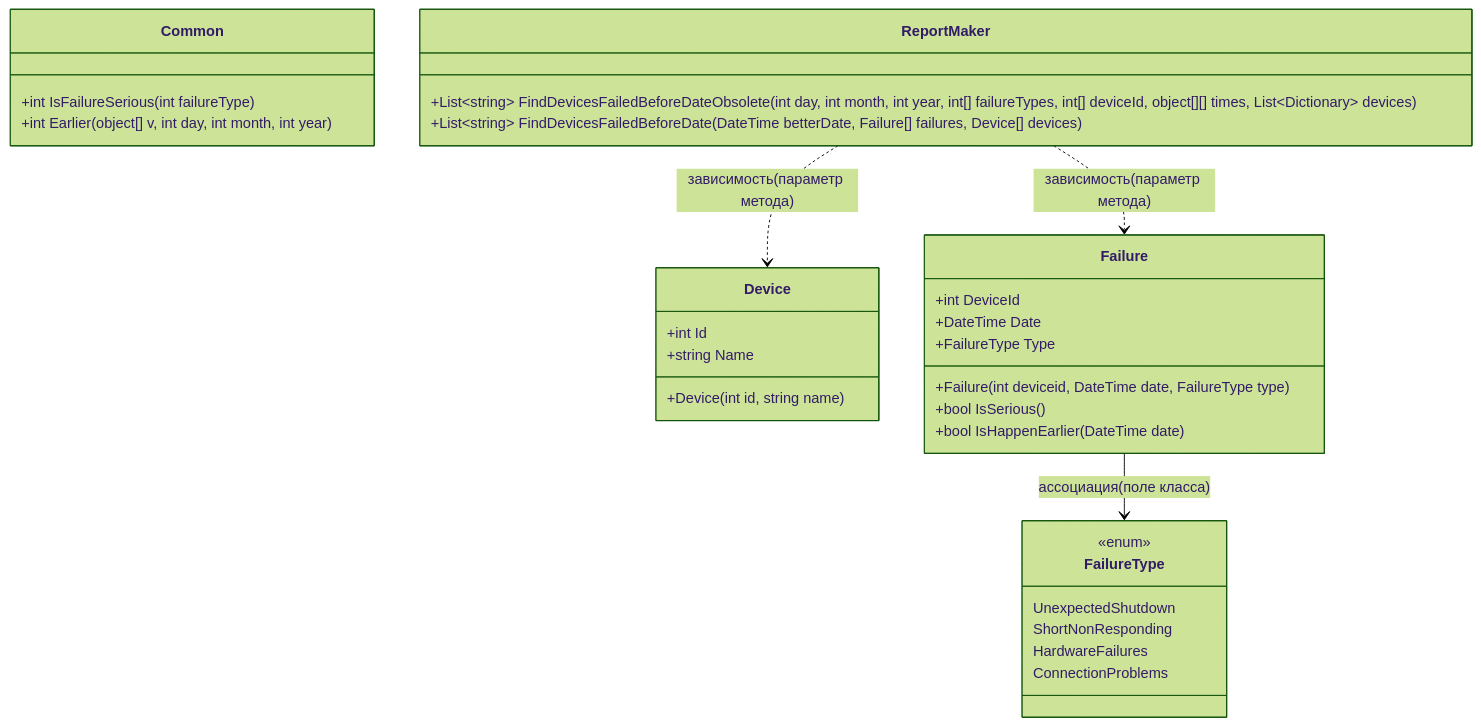
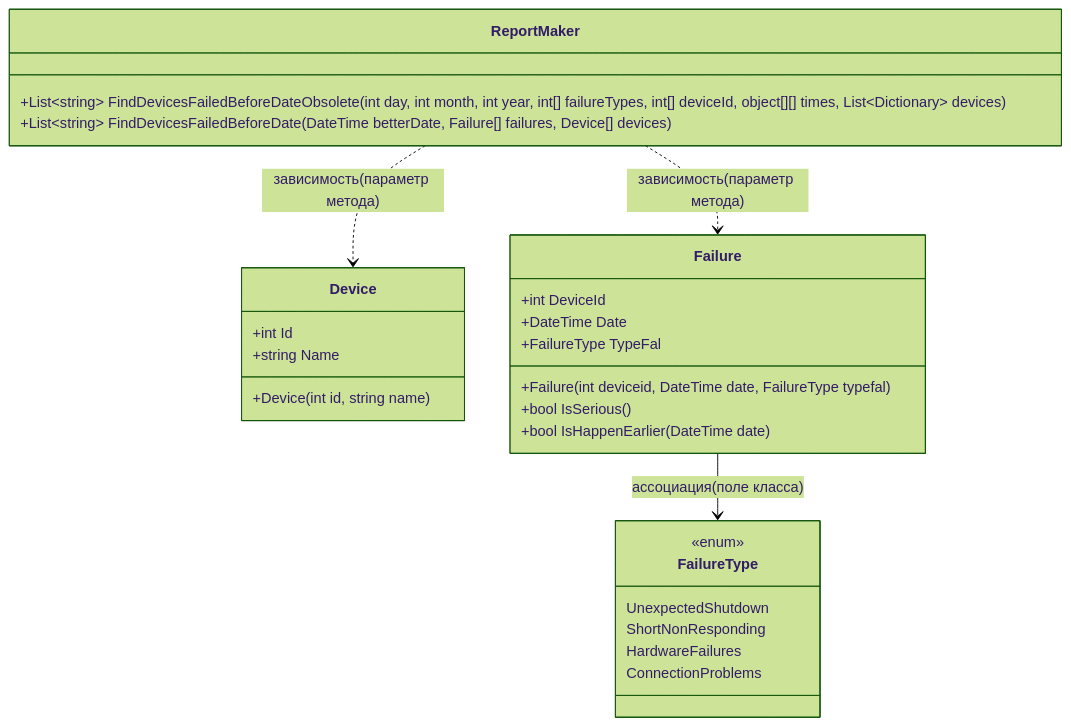
One commit to silentlight1/practice_csharp_ulearn changed the diagram in sboi.md. Above: the diagram before and after it, drawn with Mermaid (forest theme).

Commit message:
Удалил класс Common из-за ненужности

````diff
--- a/sboi.md
+++ b/sboi.md
@@ -11,44 +12,40 @@
 ```mermaid
 classDiagram
     direction TB
-
-    class Common {
-        +int IsFailureSerious(int failureType)
-        +int Earlier(object[] v, int day, int month, int year)
-    }
-
+    
     class ReportMaker {
         +List~string~ FindDevicesFailedBeforeDateObsolete(int day, int month, int year, int[] failureTypes, int[] deviceId, object[][] times, List~Dictionary~ devices)
+
         +List~string~ FindDevicesFailedBeforeDate(DateTime betterDate, Failure[] failures, Device[] devices)
     }
 
     class Device {
         +int Id
         +string Name
         +Device(int id, string name)
     }
 
      class FailureType {
         <<enum>>
         UnexpectedShutdown
         ShortNonResponding
         HardwareFailures
         ConnectionProblems
     }
     
     class Failure {
         +int DeviceId
         +DateTime Date
-        +FailureType Type
-        +Failure(int deviceid, DateTime date, FailureType type)
+        +FailureType TypeFal
+        +Failure(int deviceid, DateTime date, FailureType typefal)
         +bool IsSerious()
         +bool IsHappenEarlier(DateTime date)
     }  
 
     Failure --> FailureType : ассоциация(поле класса)
     
     ReportMaker ..> Failure : зависимость(параметр метода)
     
     ReportMaker ..> Device : зависимость(параметр метода)
     
 ```
````
